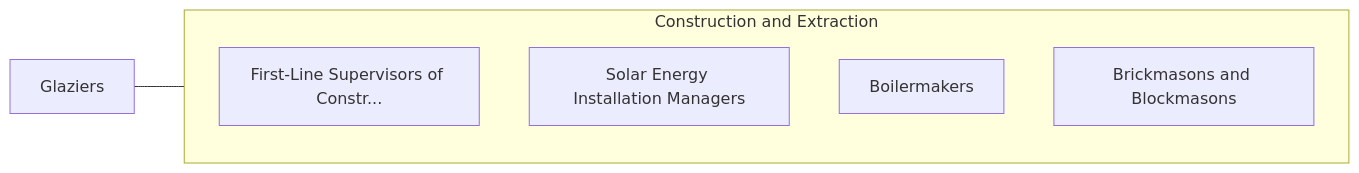
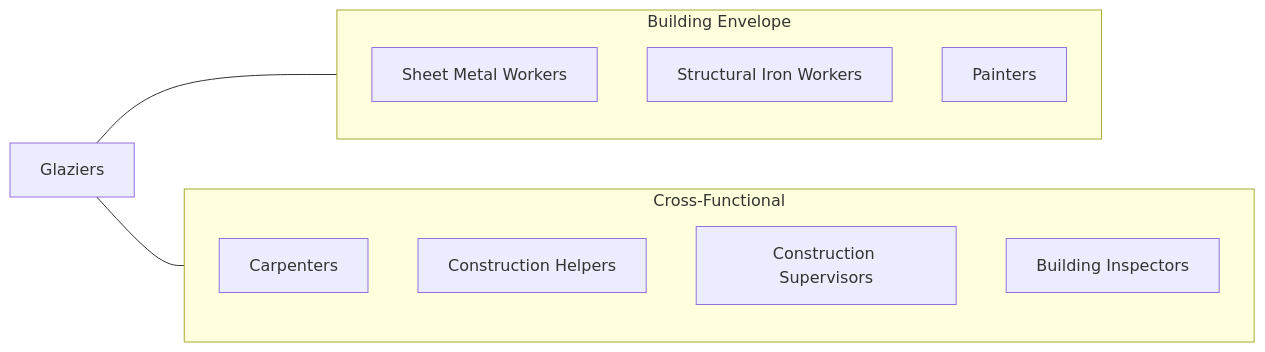
One commit to kziemski/business.org.ai changed the fourth of 4 diagrams in occupations/Construction/Glaziers.mdx. Above: the diagram before and after it, drawn with Mermaid. The commit also changed other lines of this file and 938 other files, not shown here.

````diff
--- a/occupations/Construction/Glaziers.mdx
+++ b/occupations/Construction/Glaziers.mdx
@@ -120,13 +233,20 @@
 ```mermaid
 graph LR
     Current["Glaziers"]
 
-    subgraph SameCategory["Construction and Extraction"]
-        FirstLineSupervisors["First-Line Supervisors of Constr..."]
-        SolarEnergyInstallat["Solar Energy Installation Managers"]
-        Boilermakers["Boilermakers"]
-        BrickmasonsAndBlockm["Brickmasons and Blockmasons"]
+    subgraph SameCategory["Building Envelope"]
+        SheetMetal["Sheet Metal Workers"]
+        Iron["Structural Iron Workers"]
+        Painter["Painters"]
+    end
+
+    subgraph CrossFunctional["Cross-Functional"]
+        Carpenter["Carpenters"]
+        Helper["Construction Helpers"]
+        Super["Construction Supervisors"]
+        Inspector["Building Inspectors"]
     end
 
     Current --- SameCategory
+    Current --- CrossFunctional
 ```
````
